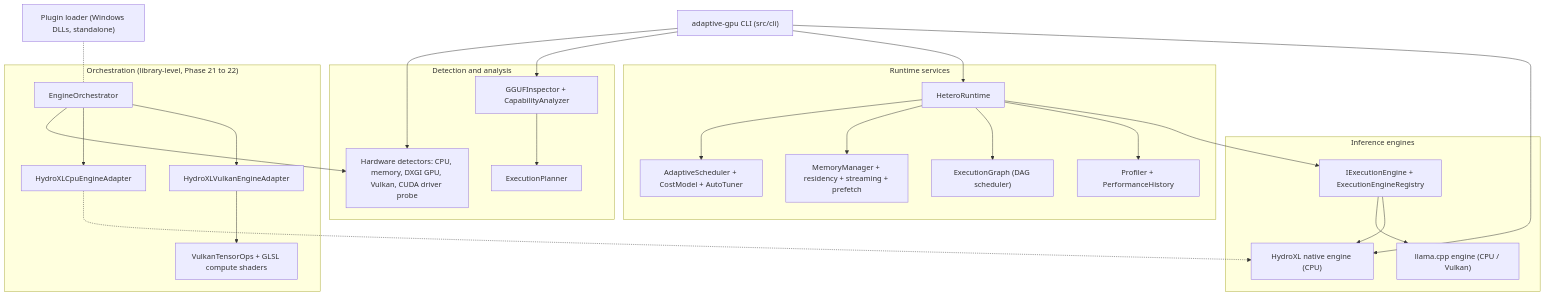
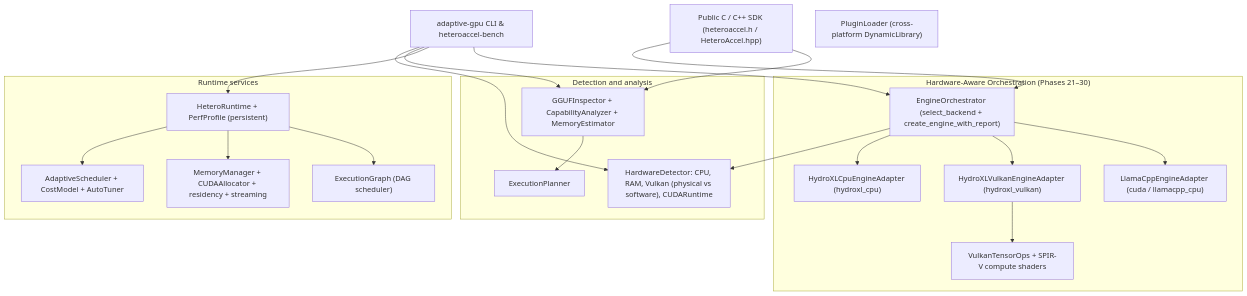
The first of 2 diagrams in README.md (Deep455-16/HeteroAccel), drawn with Mermaid before and after one commit. The commit also changed other lines of this file and 8 other files, not shown here.

Commit message:
Phase 30: Synchronize v0.30.0 release, documentation audit, and release validation report

````diff
--- a/README.md
+++ b/README.md
@@ -65,51 +67,43 @@
 ```mermaid
 flowchart TB
-    CLI["adaptive-gpu CLI (src/cli)"]
+    CLI["adaptive-gpu CLI & heteroaccel-bench"]
+    SDK["Public C / C++ SDK (heteroaccel.h / HeteroAccel.hpp)"]
 
     subgraph Detect["Detection and analysis"]
-        HW["Hardware detectors: CPU, memory, DXGI GPU, Vulkan, CUDA driver probe"]
-        INS["GGUFInspector + CapabilityAnalyzer"]
+        HW["HardwareDetector: CPU, RAM, Vulkan (physical vs software), CUDARuntime"]
+        INS["GGUFInspector + CapabilityAnalyzer + MemoryEstimator"]
         PLN["ExecutionPlanner"]
     end
 
     subgraph Runtime["Runtime services"]
-        RT["HeteroRuntime"]
+        RT["HeteroRuntime + PerfProfile (persistent)"]
         SCH["AdaptiveScheduler + CostModel + AutoTuner"]
-        MEM["MemoryManager + residency + streaming + prefetch"]
+        MEM["MemoryManager + CUDAAllocator + residency + streaming"]
         GRA["ExecutionGraph (DAG scheduler)"]
-        PRO["Profiler + PerformanceHistory"]
     end
 
-    subgraph Engines["Inference engines"]
-        IEE["IExecutionEngine + ExecutionEngineRegistry"]
-        LCP["llama.cpp engine (CPU / Vulkan)"]
-        HXL["HydroXL native engine (CPU)"]
+    subgraph Orch["Hardware-Aware Orchestration (Phases 21–30)"]
+        ORC["EngineOrchestrator (select_backend + create_engine_with_report)"]
+        CPUA["HydroXLCpuEngineAdapter (hydroxl_cpu)"]
+        VKA["HydroXLVulkanEngineAdapter (hydroxl_vulkan)"]
+        CUDA["LlamaCppEngineAdapter (cuda / llamacpp_cpu)"]
+        VTO["VulkanTensorOps + SPIR-V compute shaders"]
     end
 
-    subgraph Orch["Orchestration (library-level, Phase 21 to 22)"]
-        ORC["EngineOrchestrator"]
-        CPUA["HydroXLCpuEngineAdapter"]
-        VKA["HydroXLVulkanEngineAdapter"]
-        VTO["VulkanTensorOps + GLSL compute shaders"]
-    end
-
-    PLG["Plugin loader (Windows DLLs, standalone)"]
+    PLG["PluginLoader (cross-platform DynamicLibrary)"]
 
     CLI --> HW
     CLI --> INS --> PLN
     CLI --> RT
-    CLI --> HXL
+    CLI --> ORC
+    SDK --> ORC
+    SDK --> INS
     RT --> SCH
     RT --> MEM
     RT --> GRA
-    RT --> PRO
-    RT --> IEE
-    IEE --> LCP
-    IEE --> HXL
     ORC --> HW
     ORC --> CPUA
     ORC --> VKA
+    ORC --> CUDA
     VKA --> VTO
-    CPUA -.-> HXL
-    PLG -.- ORC
 ```
````
